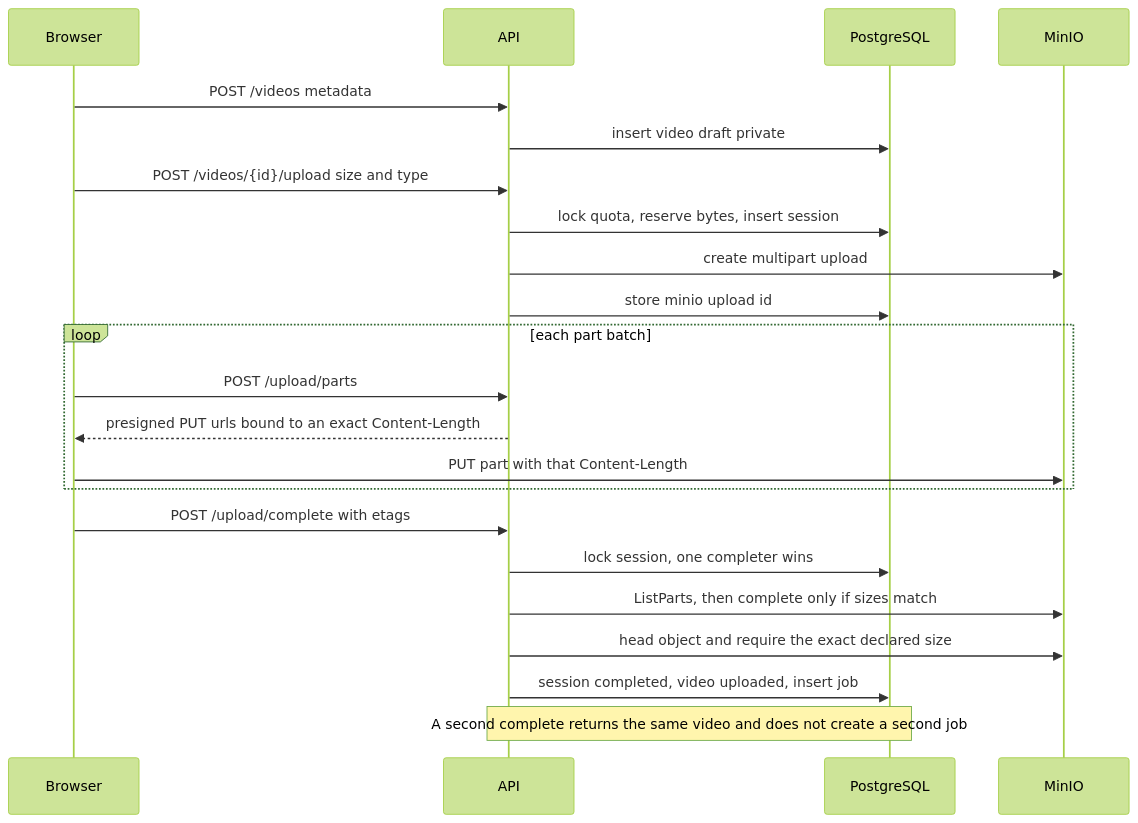
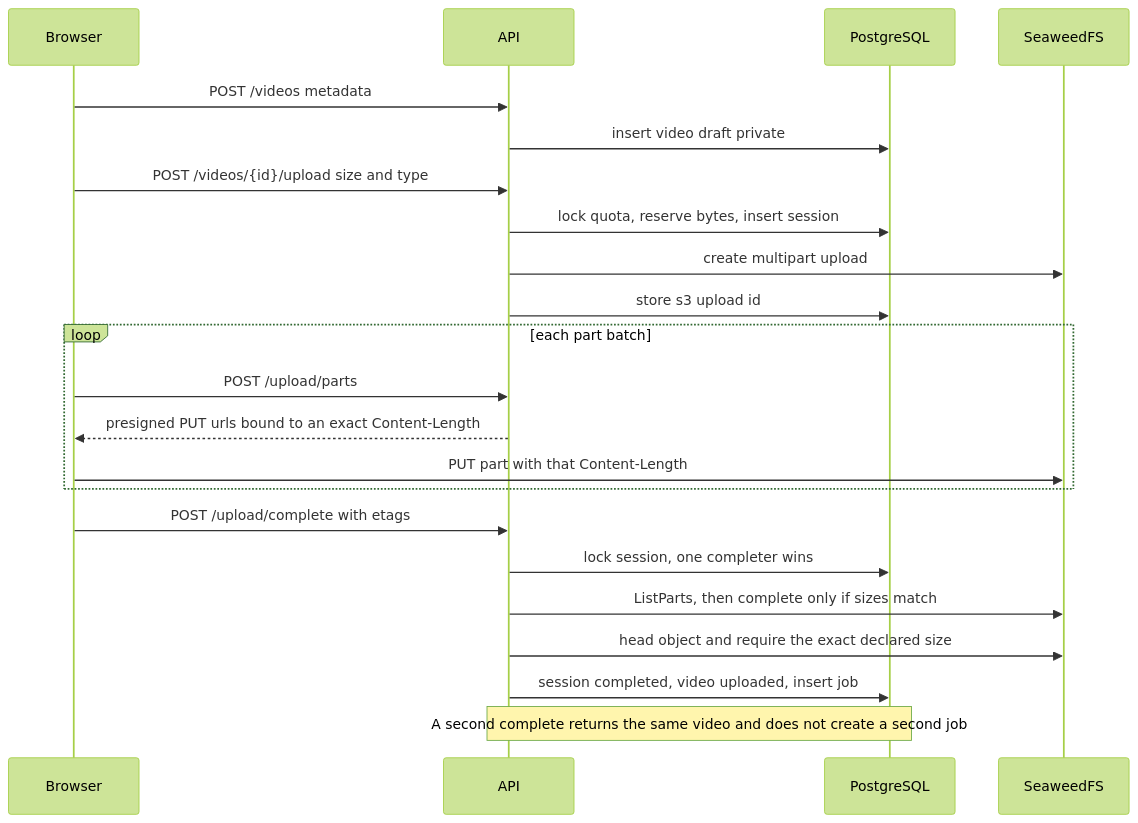
One commit to stackmesh/youtube-style-platform changed the first of 2 diagrams in docs/VIDEO_PIPELINE.md. Above: the diagram before and after it, drawn with Mermaid (forest theme). The commit also changed other lines of this file and 72 other files, not shown here.

````diff
--- a/docs/VIDEO_PIPELINE.md
+++ b/docs/VIDEO_PIPELINE.md
@@ -56,25 +56,25 @@
 ```mermaid
 sequenceDiagram
   participant B as Browser
   participant A as API
   participant DB as PostgreSQL
-  participant M as MinIO
+  participant M as SeaweedFS
 
   B->>A: POST /videos metadata
   A->>DB: insert video draft private
   B->>A: POST /videos/{id}/upload size and type
   A->>DB: lock quota, reserve bytes, insert session
   A->>M: create multipart upload
-  A->>DB: store minio upload id
+  A->>DB: store s3 upload id
   loop each part batch
     B->>A: POST /upload/parts
     A-->>B: presigned PUT urls bound to an exact Content-Length
     B->>M: PUT part with that Content-Length
   end
   B->>A: POST /upload/complete with etags
   A->>DB: lock session, one completer wins
   A->>M: ListParts, then complete only if sizes match
   A->>M: head object and require the exact declared size
   A->>DB: session completed, video uploaded, insert job
   Note over A,DB: A second complete returns the same video and does not create a second job
 ```
````
